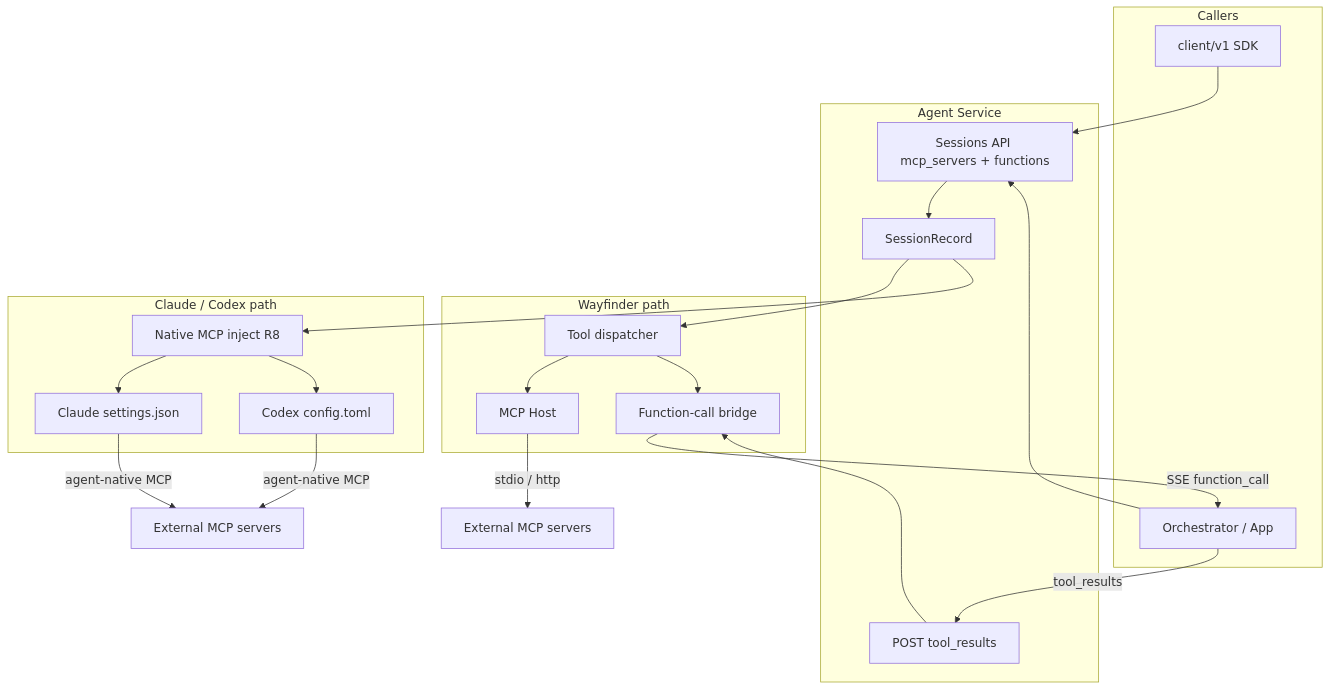
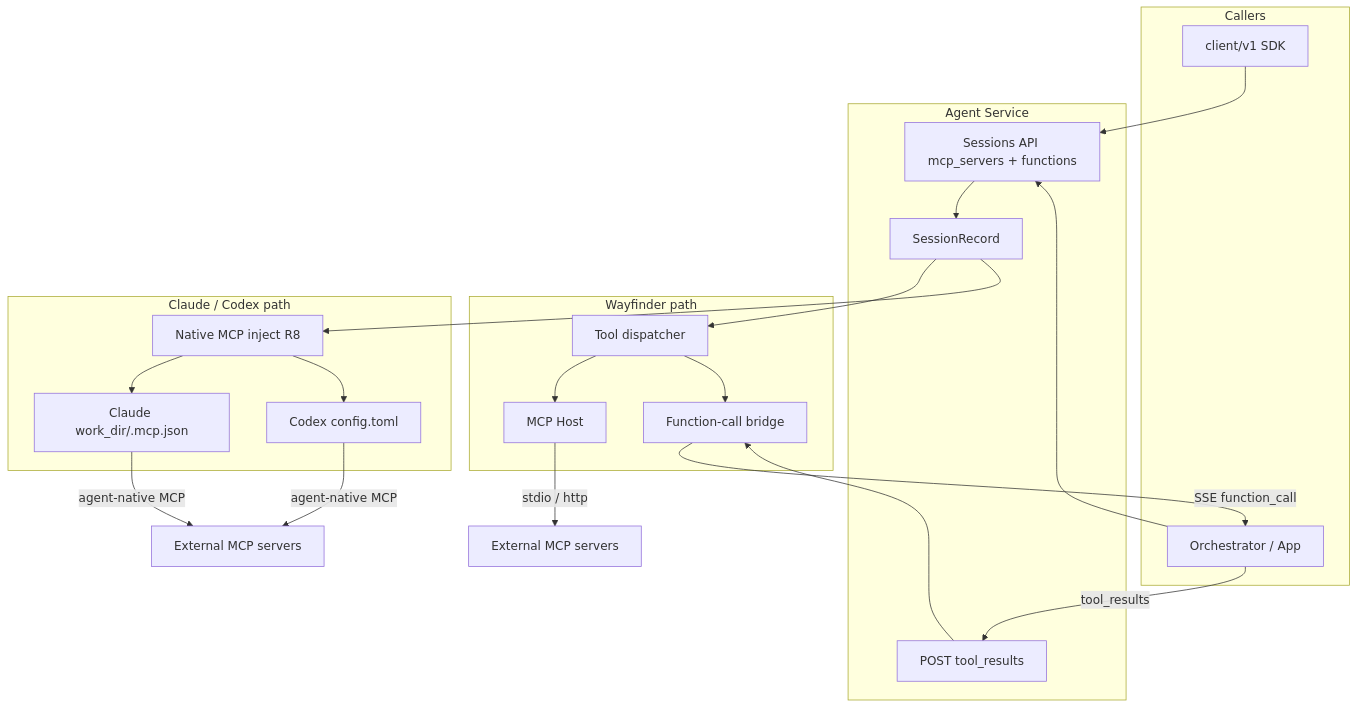
Before and after one commit to axsh/Headless-Agent-Gateway: the diagram in prompts/phases/000-foundation/branches/feat-mcp/ideas/000-MCP-Configuration.md, drawn with Mermaid. The commit also changed other lines of this file, not shown here.

Commit message:
docs: align MCP inject paths with .mcp.json wording

````diff
--- a/prompts/phases/000-foundation/branches/feat-mcp/ideas/000-MCP-Configuration.md
+++ b/prompts/phases/000-foundation/branches/feat-mcp/ideas/000-MCP-Configuration.md
@@ -257,41 +257,41 @@
 ```mermaid
 flowchart TB
   subgraph Callers["Callers"]
     SDK["client/v1 SDK"]
     App["Orchestrator / App"]
   end
 
   subgraph CAWA["Agent Service"]
     API["Sessions API mcp_servers + functions"]
     Rec["SessionRecord"]
     TR["POST tool_results"]
   end
 
   subgraph WayfinderPath["Wayfinder path"]
     Dispatch["Tool dispatcher"]
     MCPHost["MCP Host"]
     FC["Function-call bridge"]
   end
 
   subgraph CLIPath["Claude / Codex path"]
     Inject["Native MCP inject R8"]
-    Claude["Claude settings.json"]
+    Claude["Claude work_dir/.mcp.json"]
     Codex["Codex config.toml"]
   end
 
   SDK --> API
   App --> API
   API --> Rec
   Rec --> Dispatch
   Rec --> Inject
   Dispatch --> MCPHost
   Dispatch --> FC
   MCPHost -->|"stdio / http"| Ext1["External MCP servers"]
   FC -->|"SSE function_call"| App
   App -->|"tool_results"| TR
   TR --> FC
   Inject --> Claude
   Inject --> Codex
   Claude -->|"agent-native MCP"| Ext2["External MCP servers"]
   Codex -->|"agent-native MCP"| Ext2
 ```
````
